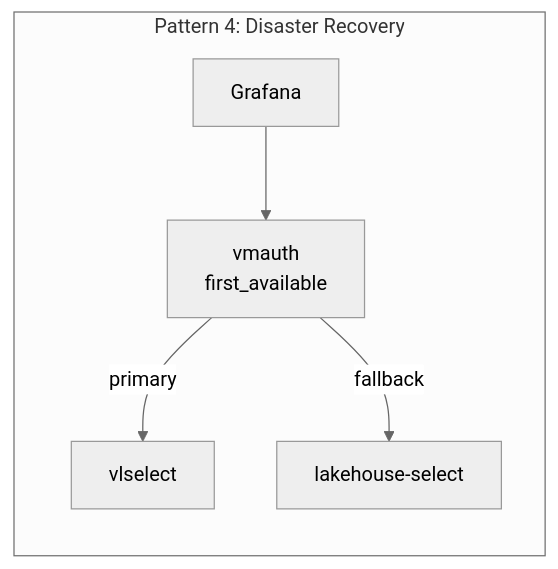
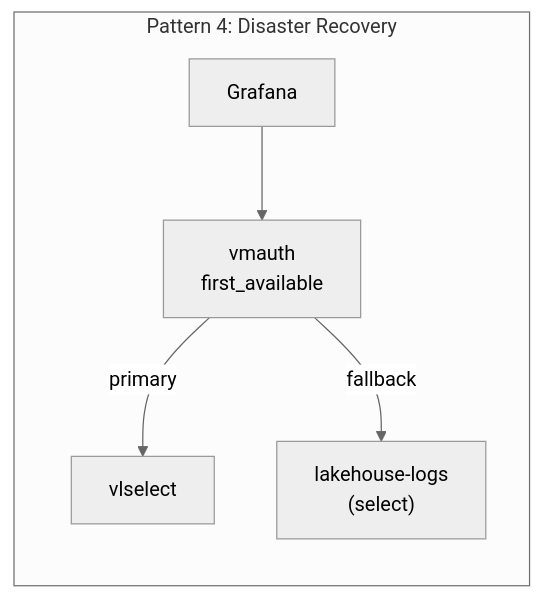
The seventh of 8 diagrams in README.md (ReliablyObserve/victoria-lakehouse), drawn with Mermaid (neutral theme) before and after one commit. The commit also changed other lines of this file and 99 other files, not shown here.

First line of the commit message:
feat: split into separate lakehouse-logs and lakehouse-traces binaries

````diff
--- a/README.md
+++ b/README.md
@@ -222,8 +250,8 @@
 ```mermaid
 graph LR
     subgraph "Pattern 4: Disaster Recovery"
         G4["Grafana"] --> VMA["vmauth<br/>first_available"]
         VMA -->|primary| VS4["vlselect"]
-        VMA -->|fallback| LH4["lakehouse-select"]
+        VMA -->|fallback| LH4["lakehouse-logs<br/>(select)"]
     end
 ```
````
